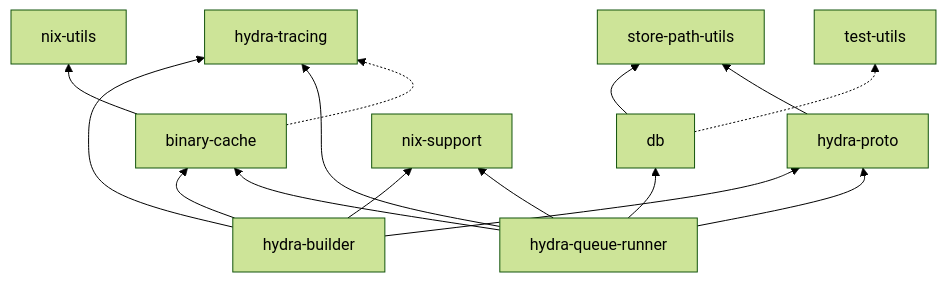
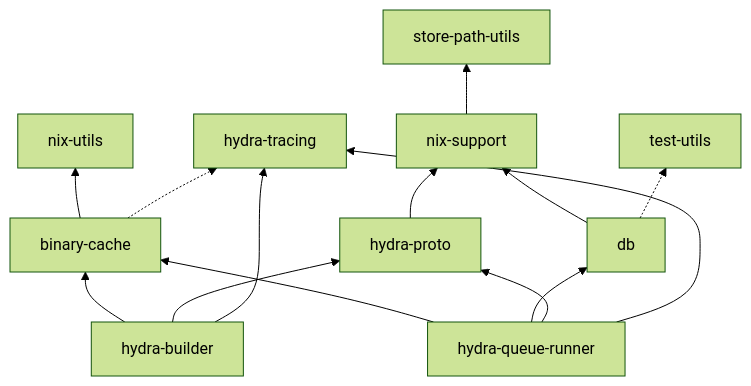
Before and after one commit to NixOS/hydra: the diagram in subprojects/hydra-manual/src/architecture.md, drawn with Mermaid (forest theme). The commit also changed 16 other files, not shown here.

First line of the commit message:
Improve and more widely use `nix-support`

````diff
--- a/subprojects/hydra-manual/src/architecture.md
+++ b/subprojects/hydra-manual/src/architecture.md
@@ -62,17 +62,16 @@
 ```mermaid
 graph BT
     binary-cache --> nix-utils
-    db --> store-path-utils
-    hydra-proto --> store-path-utils
+    nix-support --> store-path-utils
+    db --> nix-support
+    hydra-proto --> nix-support
     hydra-builder --> binary-cache
     hydra-builder --> hydra-proto
     hydra-builder --> hydra-tracing
-    hydra-builder --> nix-support
     hydra-queue-runner --> binary-cache
     hydra-queue-runner --> db
     hydra-queue-runner --> hydra-proto
     hydra-queue-runner --> hydra-tracing
-    hydra-queue-runner --> nix-support
     binary-cache -.-> hydra-tracing
     db -.-> test-utils
 ```
````
